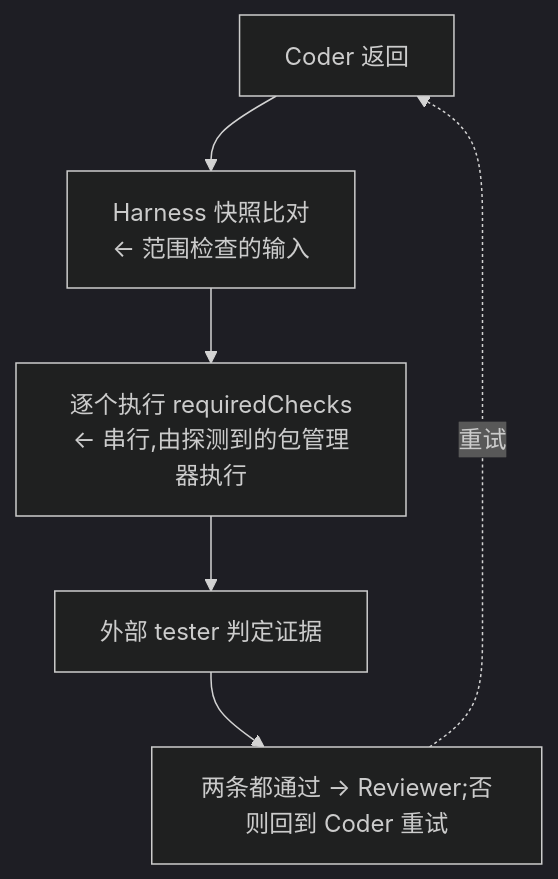
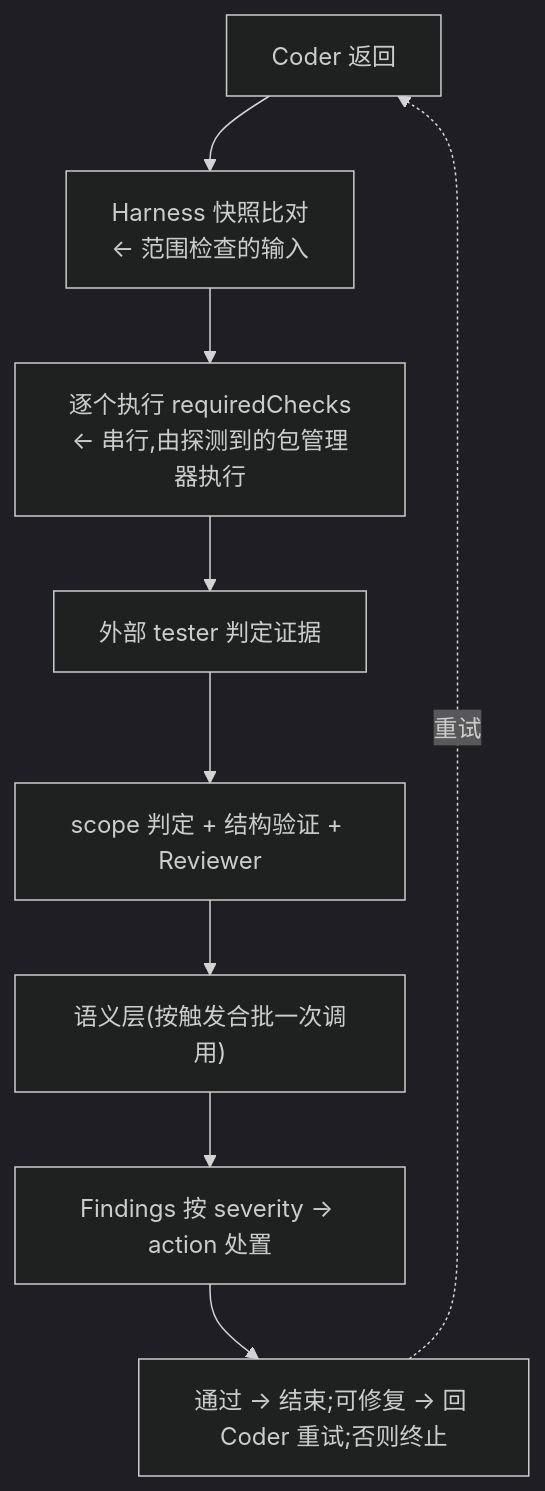
One commit to pedyc/pedyc-harness changed the diagram in docs/architecture/verification.md. Above: the diagram before and after it, drawn with Mermaid (dark theme). The commit also changed other lines of this file and 19 other files, not shown here.

````diff
--- a/docs/architecture/verification.md
+++ b/docs/architecture/verification.md
@@ -38,8 +38,11 @@
 ```mermaid
 flowchart TD
   A["Coder 返回"] --> B["Harness 快照比对<br/>← 范围检查的输入"]
   B --> C["逐个执行 requiredChecks<br/>← 串行,由探测到的包管理器执行"]
   C --> D["外部 tester 判定证据"]
-  D --> E["两条都通过 → Reviewer;否则回到 Coder 重试"]
-  E -.重试.-> A
+  D --> E["scope 判定 + 结构验证 + Reviewer"]
+  E --> F["语义层(按触发合批一次调用)"]
+  F --> G["Findings 按 severity → action 处置"]
+  G --> H["通过 → 结束;可修复 → 回 Coder 重试;否则终止"]
+  H -.重试.-> A
 ```
````
